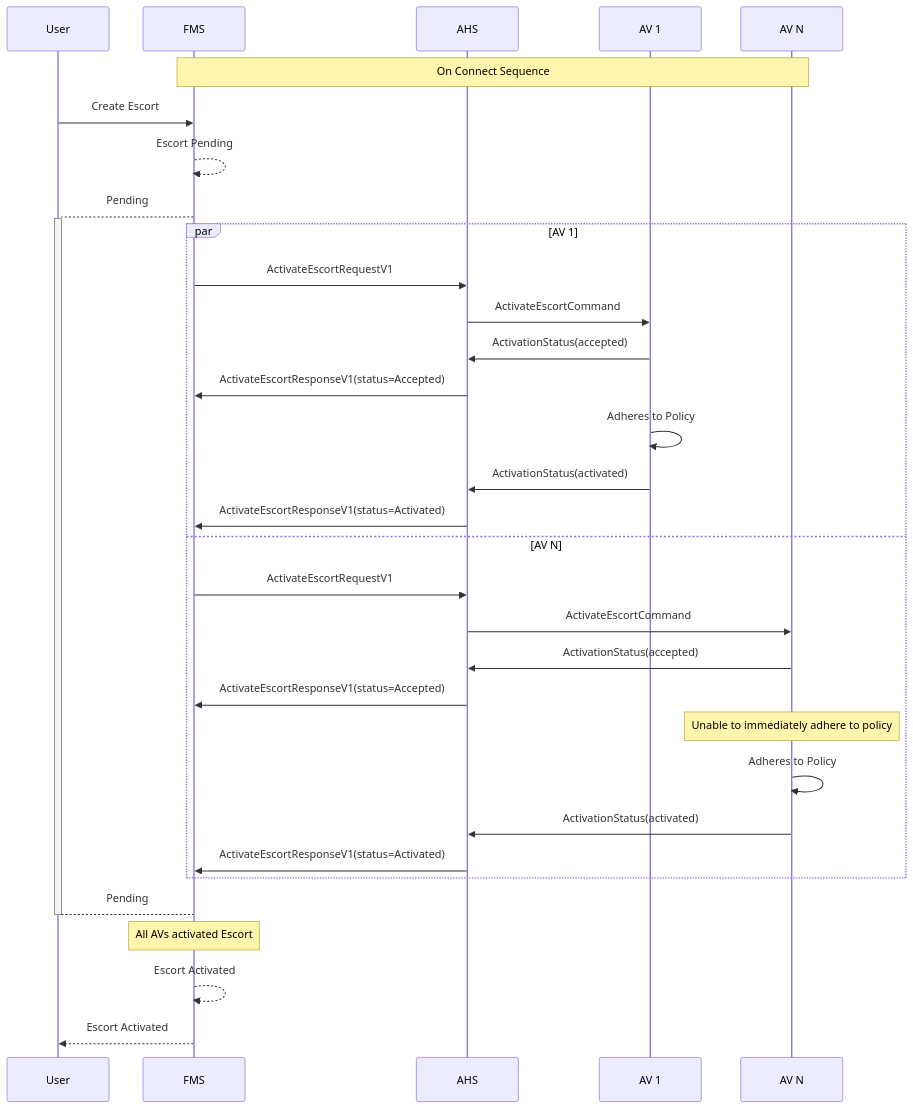
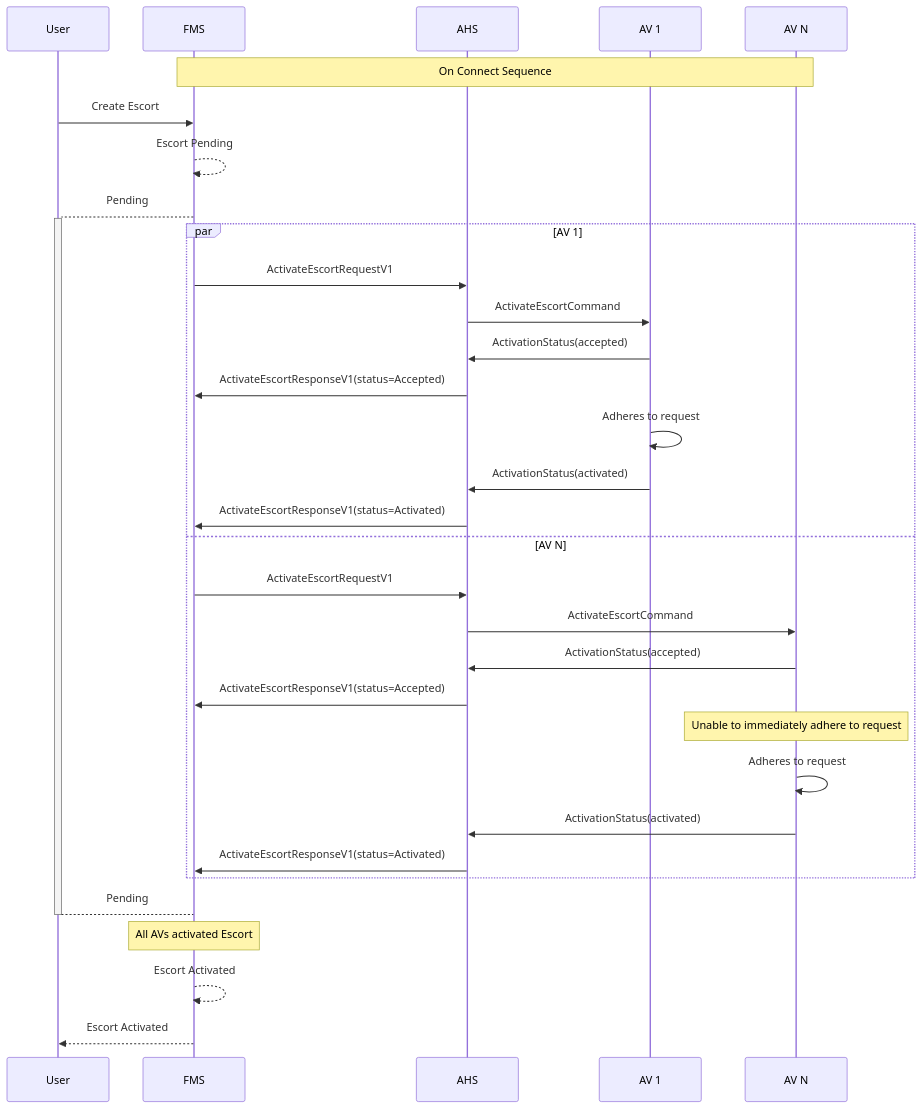
Before and after one commit to open-autonomy/escort: the second of 3 diagrams in diagram/EscortActivation.md, drawn with Mermaid. The commit also changed other lines of this file and 7 other files, not shown here.

````diff
--- a/diagram/EscortActivation.md
+++ b/diagram/EscortActivation.md
@@ -57,36 +50,36 @@
 ```mermaid
 sequenceDiagram
     participant User
     participant FMS
     participant AHS
     participant AV 1
     participant AV N
 
     Note over FMS,AV N: On Connect Sequence
     User->>FMS: Create Escort
     FMS-->>FMS: Escort Pending
     FMS-->+User: Pending
     par AV 1
     FMS->>AHS: ActivateEscortRequestV1
     AHS->>AV 1: ActivateEscortCommand
     AV 1->>AHS: ActivationStatus(accepted)
     AHS->>FMS: ActivateEscortResponseV1(status=Accepted)
-        AV 1->>AV 1: Adheres to Policy
+        AV 1->>AV 1: Adheres to request
     AV 1->>AHS: ActivationStatus(activated)
     AHS->>FMS: ActivateEscortResponseV1(status=Activated)
     and AV N
     FMS->>AHS: ActivateEscortRequestV1
     AHS->>AV N: ActivateEscortCommand
     AV N->>AHS: ActivationStatus(accepted)
     AHS->>FMS: ActivateEscortResponseV1(status=Accepted)
-        Note Over AV N: Unable to immediately adhere to policy
-        AV N->>AV N: Adheres to Policy
+        Note Over AV N: Unable to immediately adhere to request
+        AV N->>AV N: Adheres to request
     AV N->>AHS: ActivationStatus(activated)
     AHS->>FMS: ActivateEscortResponseV1(status=Activated)
     end
 
     User-->-FMS: Pending
     Note Over FMS: All AVs activated Escort
     FMS-->>FMS: Escort Activated
     FMS-->>User: Escort Activated
 ```
````
